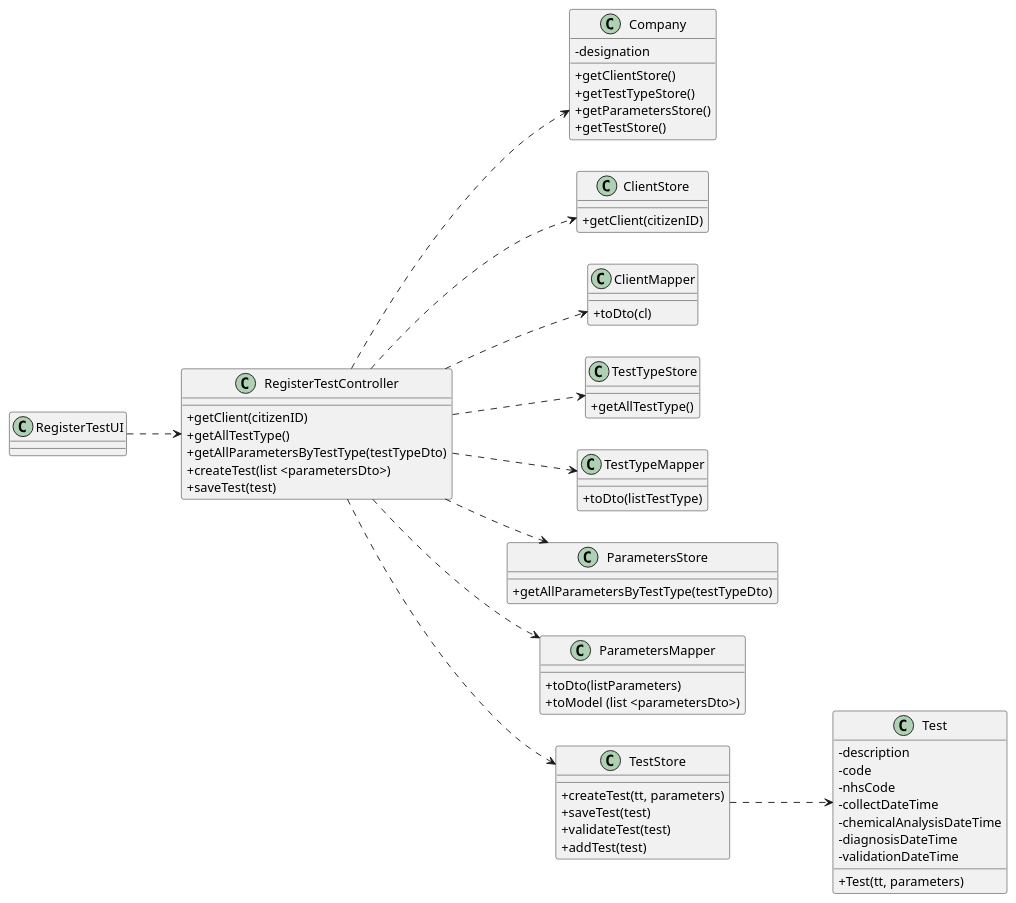
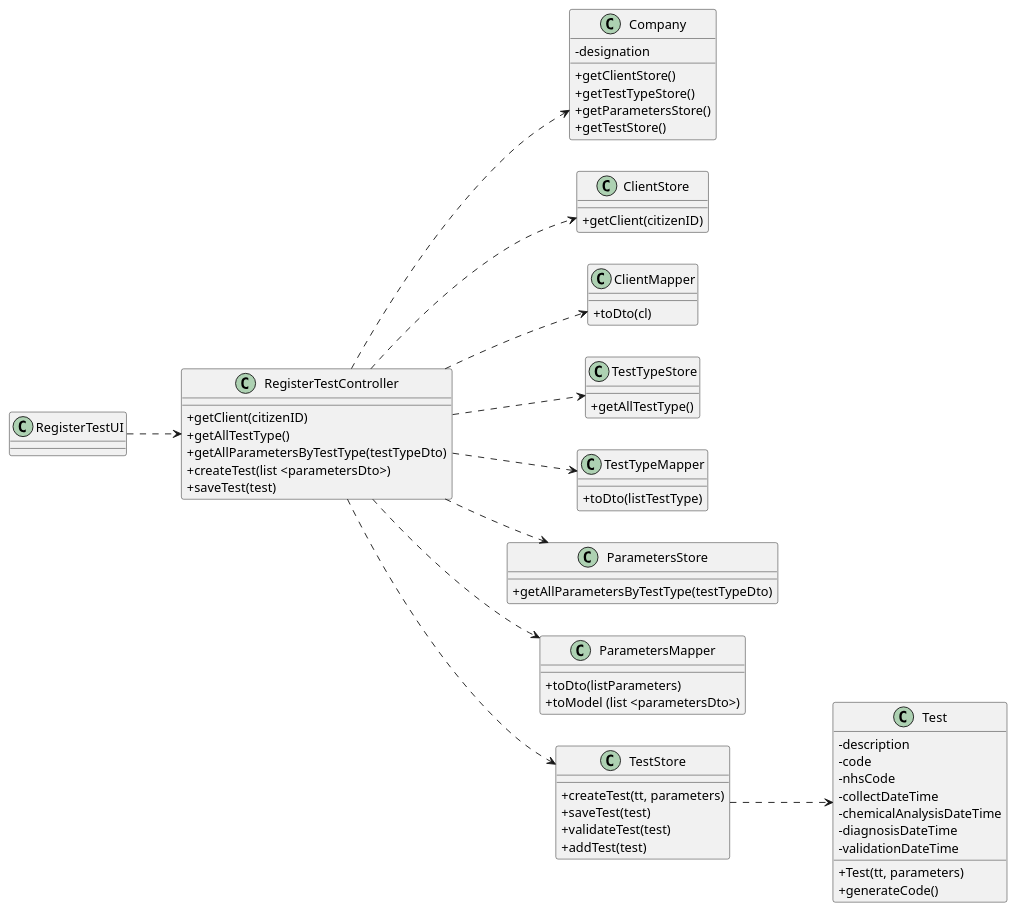
The diagram in docs/SprintC/US04/US04-CD.puml (0franciscor/lei-21-s2-1de-g19), drawn with PlantUML before and after one commit. The commit also changed 3 other files, not shown here.

```diff
--- a/docs/SprintC/US04/US04-CD.puml
+++ b/docs/SprintC/US04/US04-CD.puml
@@ -1,80 +1,81 @@
 @startuml
 'https://plantuml.com/class-diagram
 
 skinparam classAttributeIconSize 0
 left to right direction
 
 class "RegisterTestUI" as RTUI
 
 class "RegisterTestController" as RTC {
 +getClient(citizenID)
 +getAllTestType()
 +getAllParametersByTestType(testTypeDto)
 +createTest(list <parametersDto>)
 +saveTest(test)
 }
 
 class "Company" as C {
 -designation
 +getClientStore()
 +getTestTypeStore()
 +getParametersStore()
 +getTestStore()
 }
 
 class "ClientStore" as CS {
 +getClient(citizenID)
 }
 
 class "ClientMapper" as CM {
 +toDto(cl)
 }
 
 class "TestTypeStore" as TTS {
 +getAllTestType()
 }
 
 class "TestTypeMapper" as TTM {
 +toDto(listTestType)
 }
 
 class "ParametersStore" as PS {
 +getAllParametersByTestType(testTypeDto)
 }
 
 class "ParametersMapper" as PM {
 +toDto(listParameters)
 +toModel (list <parametersDto>)
 }
 
 class "TestStore" as TS {
 +createTest(tt, parameters)
 +saveTest(test)
 +validateTest(test)
 +addTest(test)
 }
 
 class "Test" as T {
 -description
 -code
 -nhsCode
 -collectDateTime
 -chemicalAnalysisDateTime
 -diagnosisDateTime
 -validationDateTime
 +Test(tt, parameters)
++generateCode()
 }
 
 RTUI ..> RTC
 RTC ..> CS
 RTC ..> CM
 RTC ..> C
 RTC ..> TTS
 RTC ..> TTM
 RTC ..> PS
 RTC ..> PM
 RTC ..> TS
 TS ..> T
 
 
 @enduml
```
